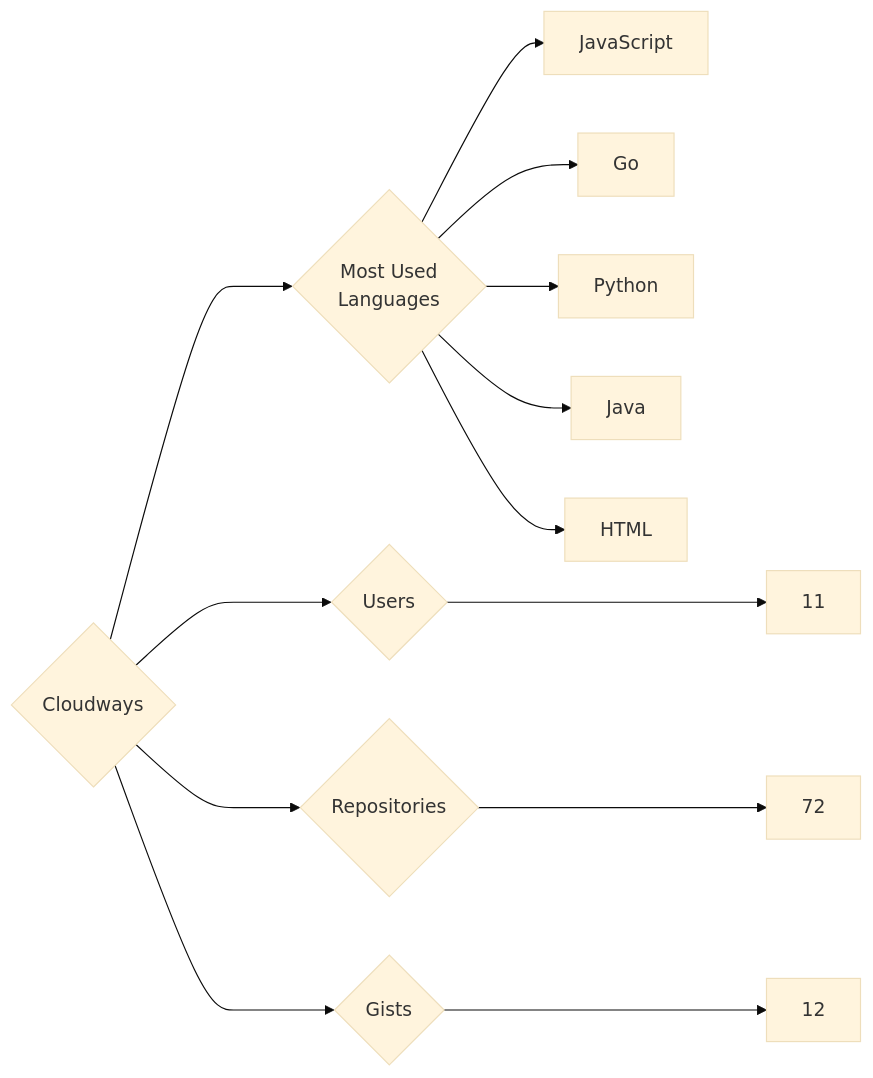
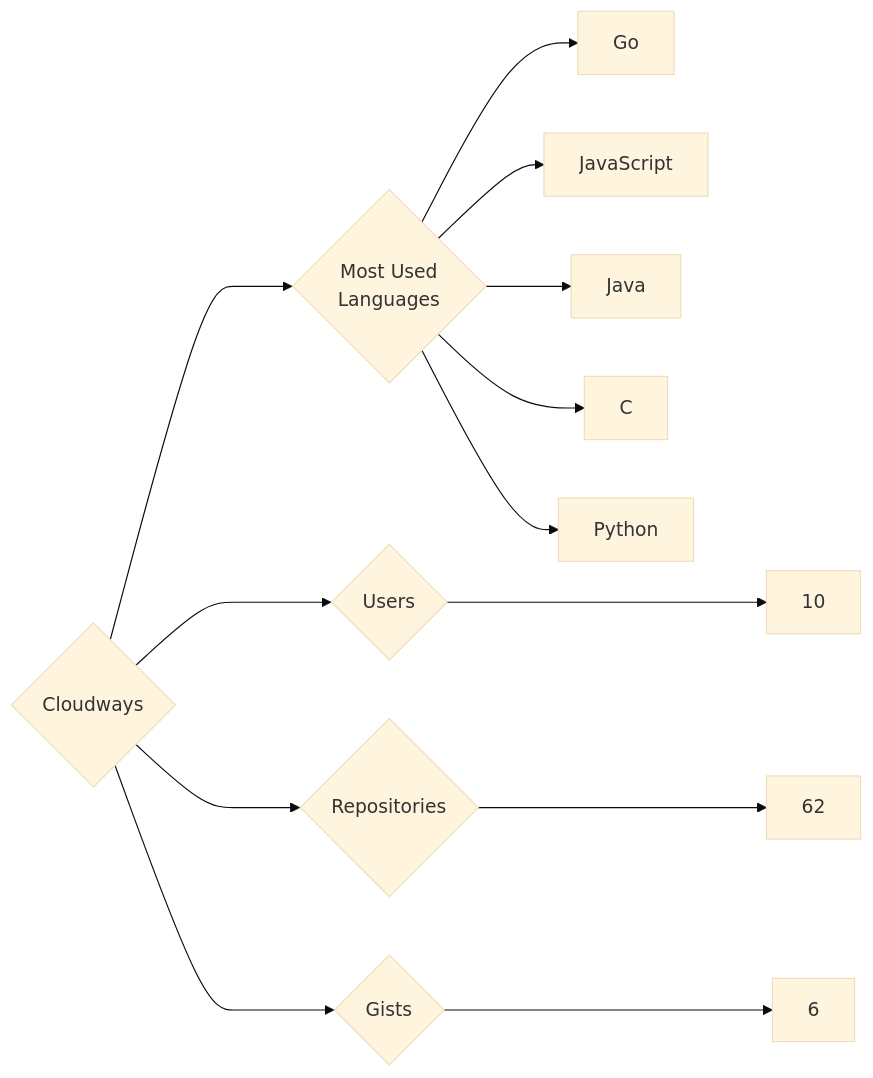
The diagram in targets/Cloudways/README.md (trickest/insiders), drawn with Mermaid (base theme) before and after one commit. The commit also changed 1148 other files, not shown here.

````diff
--- a/targets/Cloudways/README.md
+++ b/targets/Cloudways/README.md
@@ -3,13 +3,13 @@
 ```mermaid
 graph LR
 COMPANY_NAME{Cloudways}
-COMPANY_NAME ---> U{Users} ---> UN[11]
-COMPANY_NAME ---> R{Repositories} ---> RN[72]
-COMPANY_NAME ---> G{Gists} ---> GN[12]
+COMPANY_NAME ---> U{Users} ---> UN[10]
+COMPANY_NAME ---> R{Repositories} ---> RN[62]
+COMPANY_NAME ---> G{Gists} ---> GN[6]
 COMPANY_NAME ---> ML{Most Used<br>Languages}
+ML --> Go[Go]
 ML --> JavaScript[JavaScript]
-ML --> Go[Go]
+ML --> Java[Java]
+ML --> C[C]
 ML --> Python[Python]
-ML --> Java[Java]
-ML --> HTML[HTML]
 ```
````
